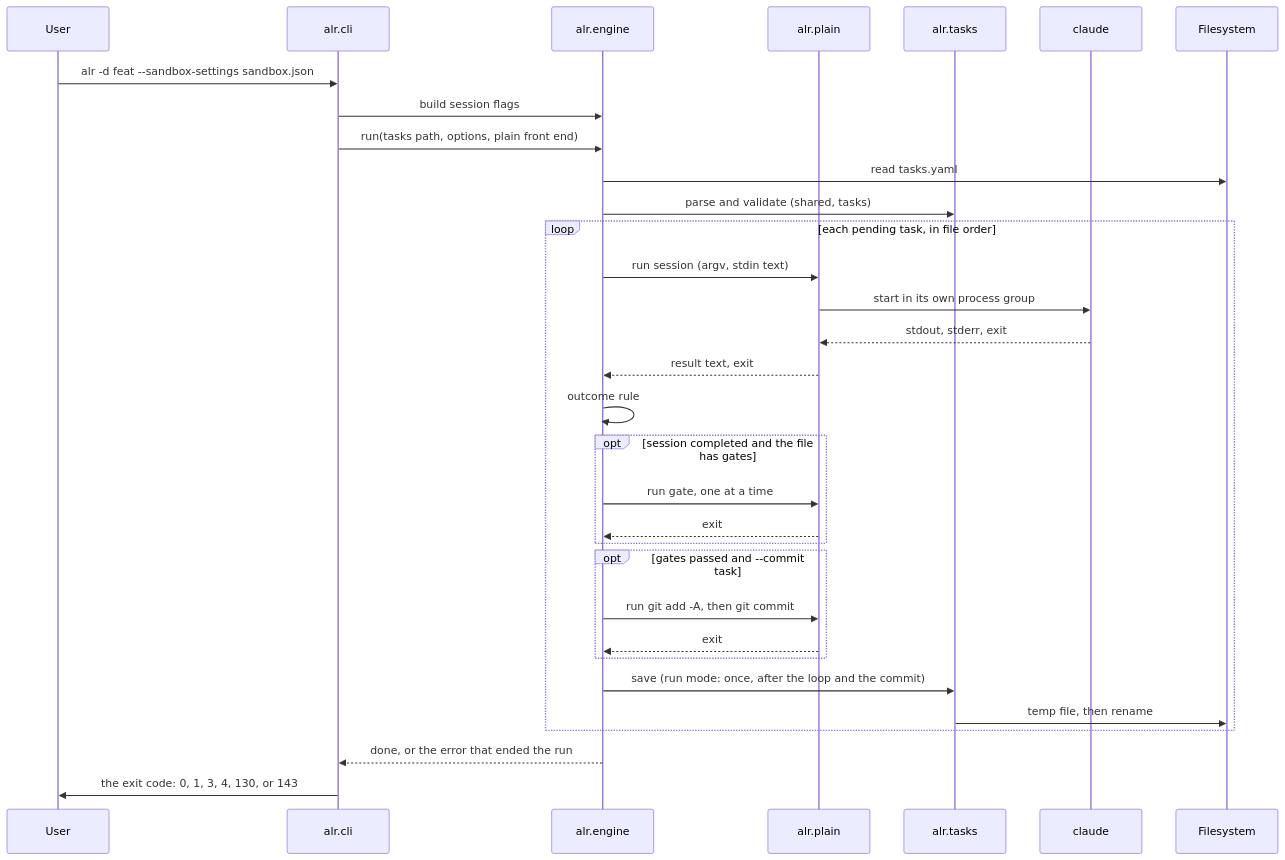
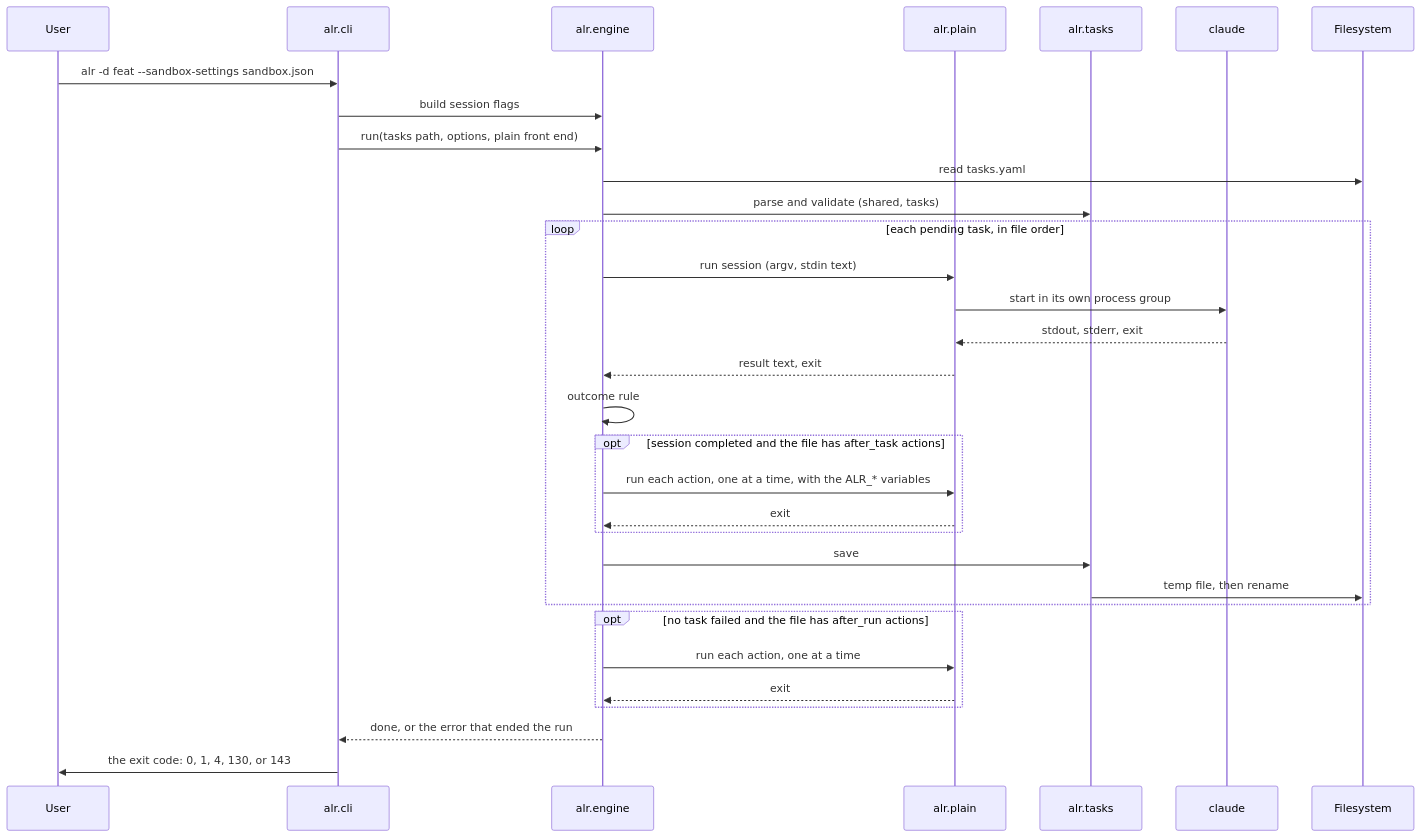
Before and after one commit to twistingmercury/agentic_loop_runner: the third of 5 diagrams in docs/design/03_system_architecture.md, drawn with Mermaid. The commit also changed other lines of this file and 70 other files, not shown here.

First line of the commit message:
Replace `--commit` with `after_task` and `after_run` actions (ADR-026) (#12)

````diff
--- a/docs/design/03_system_architecture.md
+++ b/docs/design/03_system_architecture.md
@@ -459,35 +414,35 @@
 ```mermaid
 %%{init: {"themeVariables": {"actorTextColor": "#000000"}}}%%
 sequenceDiagram
     participant User
     participant CLI as alr.cli
     participant Engine as alr.engine
     participant Plain as alr.plain
     participant Tasks as alr.tasks
     participant Claude as claude
     participant FS as Filesystem
     User ->> CLI: alr -d feat --sandbox-settings sandbox.json
     CLI ->> Engine: build session flags
     CLI ->> Engine: run(tasks path, options, plain front end)
     Engine ->> FS: read tasks.yaml
     Engine ->> Tasks: parse and validate (shared, tasks)
     loop each pending task, in file order
         Engine ->> Plain: run session (argv, stdin text)
         Plain ->> Claude: start in its own process group
         Claude -->> Plain: stdout, stderr, exit
         Plain -->> Engine: result text, exit
         Engine ->> Engine: outcome rule
-        opt session completed and the file has gates
-            Engine ->> Plain: run gate, one at a time
+        opt session completed and the file has after_task actions
+            Engine ->> Plain: run each action, one at a time, with the ALR_* variables
             Plain -->> Engine: exit
         end
-        opt gates passed and --commit task
-            Engine ->> Plain: run git add -A, then git commit
-            Plain -->> Engine: exit
-        end
-        Engine ->> Tasks: save (run mode: once, after the loop and the commit)
+        Engine ->> Tasks: save
         Tasks ->> FS: temp file, then rename
     end
+    opt no task failed and the file has after_run actions
+        Engine ->> Plain: run each action, one at a time
+        Plain -->> Engine: exit
+    end
     Engine -->> CLI: done, or the error that ended the run
-    CLI ->> User: the exit code: 0, 1, 3, 4, 130, or 143
+    CLI ->> User: the exit code: 0, 1, 4, 130, or 143
 ```
````
